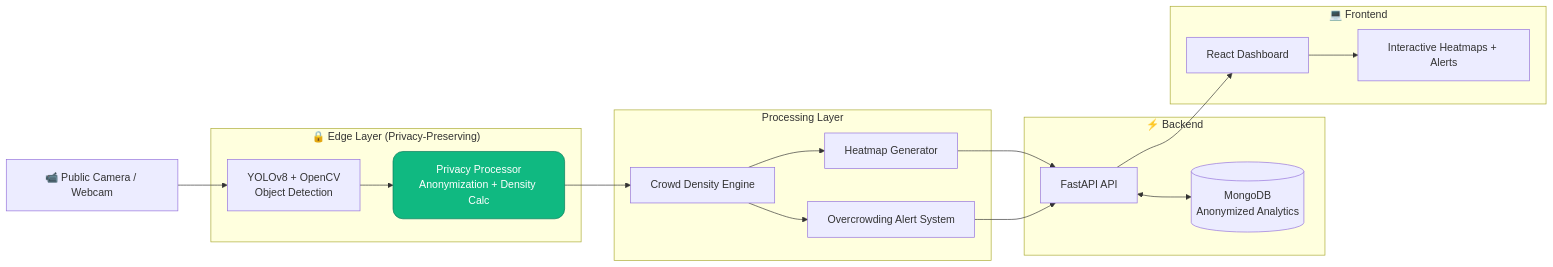
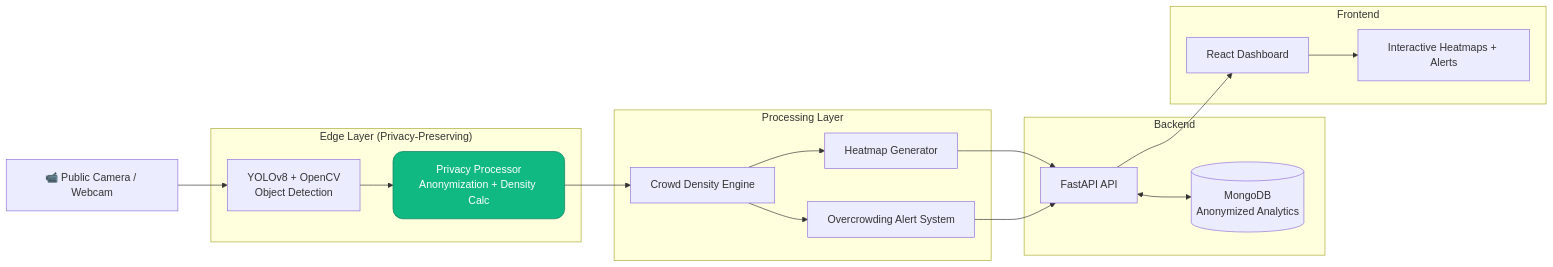
The diagram in README.md (MediaTrex/Codorra_2026_Hackathon), drawn with Mermaid before and after one commit. The commit also changed other lines of this file, not shown here.

````diff
--- a/README.md
+++ b/README.md
@@ -107,40 +107,40 @@
 ```mermaid
 flowchart LR
     Cam[📹 Public Camera / Webcam] 
     
-    subgraph Edge["🔒 Edge Layer (Privacy-Preserving)"]
+    subgraph Edge["Edge Layer (Privacy-Preserving)"]
         YOLO[YOLOv8 + OpenCV<br/>Object Detection]
         PP[Privacy Processor<br/>Anonymization + Density Calc]
     end
     
     subgraph Processing["Processing Layer"]
         Density[Crowd Density Engine]
         Heat[Heatmap Generator]
         Alert[Overcrowding Alert System]
     end
     
-    subgraph Backend["⚡ Backend"]
+    subgraph Backend["Backend"]
         API[FastAPI API]
         DB[(MongoDB<br/>Anonymized Analytics)]
     end
     
-    subgraph Frontend["💻 Frontend"]
+    subgraph Frontend["Frontend"]
         Dash[React Dashboard]
         Viz[Interactive Heatmaps + Alerts]
     end
 
     Cam --> YOLO
     YOLO --> PP
     PP --> Density
     Density --> Heat
     Density --> Alert
     Heat --> API
     Alert --> API
     API <--> DB
     API --> Dash
     Dash --> Viz
 
     classDef privacy fill:#10b981,stroke:#047857,color:white,rx:15,ry:15
     class PP privacy
 
 ```
````
